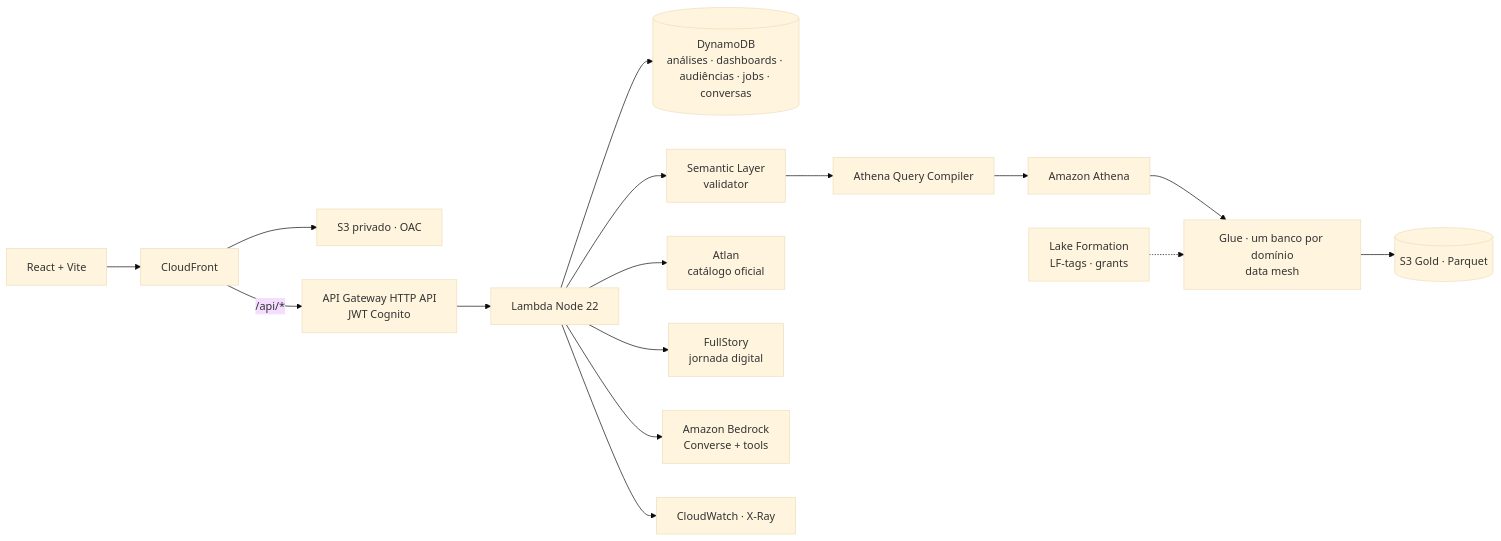
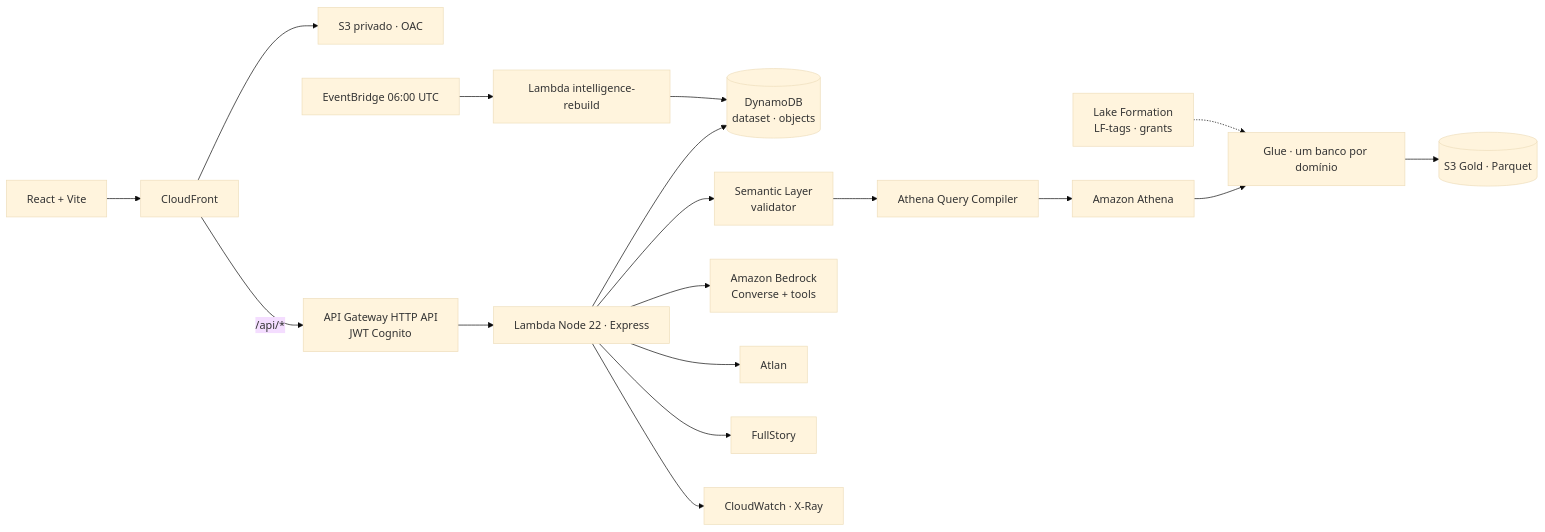
One commit to ivanlinscosta/BFP-PJ changed the third of 3 diagrams in README.md. Above: the diagram before and after it, drawn with Mermaid (base theme). The commit also changed other lines of this file, not shown here.

````diff
--- a/README.md
+++ b/README.md
@@ -16,18 +205,20 @@
 ```mermaid
 flowchart LR
   B[React + Vite] --> CF[CloudFront]
   CF --> S3W[S3 privado · OAC]
   CF -->|/api/*| GW[API Gateway HTTP API<br/>JWT Cognito]
-  GW --> L[Lambda Node 22]
-  L --> DDB[(DynamoDB<br/>análises · dashboards · audiências · jobs · conversas)]
+  GW --> L[Lambda Node 22 · Express]
+  L --> DDB[(DynamoDB<br/>dataset · objects)]
   L --> SL[Semantic Layer<br/>validator]
   SL --> QC[Athena Query Compiler]
   QC --> ATH[Amazon Athena]
-  ATH --> GLUE[Glue · um banco por domínio<br/>data mesh]
+  ATH --> GLUE[Glue · um banco por domínio]
   LF[Lake Formation<br/>LF-tags · grants] -.-> GLUE
   GLUE --> GOLD[(S3 Gold · Parquet)]
-  L --> ATLAN[Atlan<br/>catálogo oficial]
-  L --> FS[FullStory<br/>jornada digital]
   L --> BR[Amazon Bedrock<br/>Converse + tools]
+  L --> ATLAN[Atlan]
+  L --> FS[FullStory]
+  EB[EventBridge 06:00 UTC] --> LR[Lambda intelligence-rebuild]
+  LR --> DDB
   L --> CW[CloudWatch · X-Ray]
 ```
````
